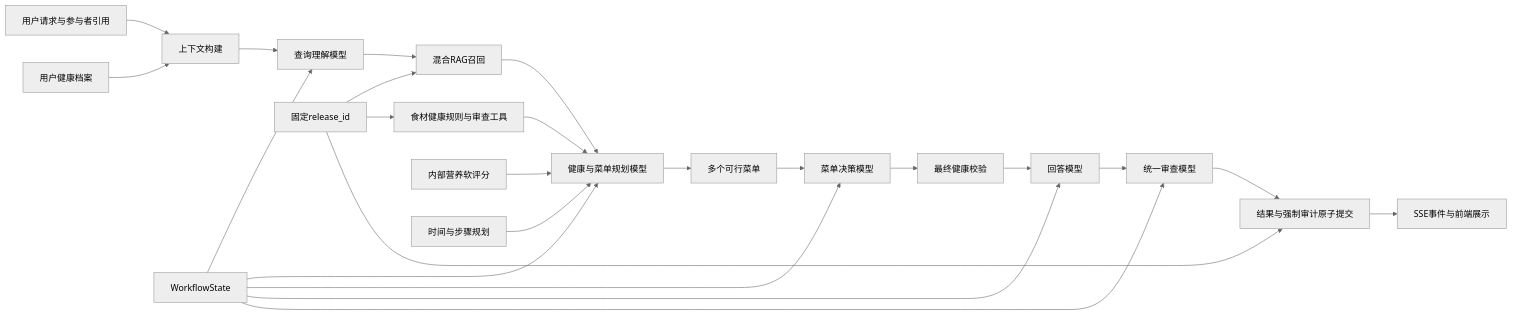
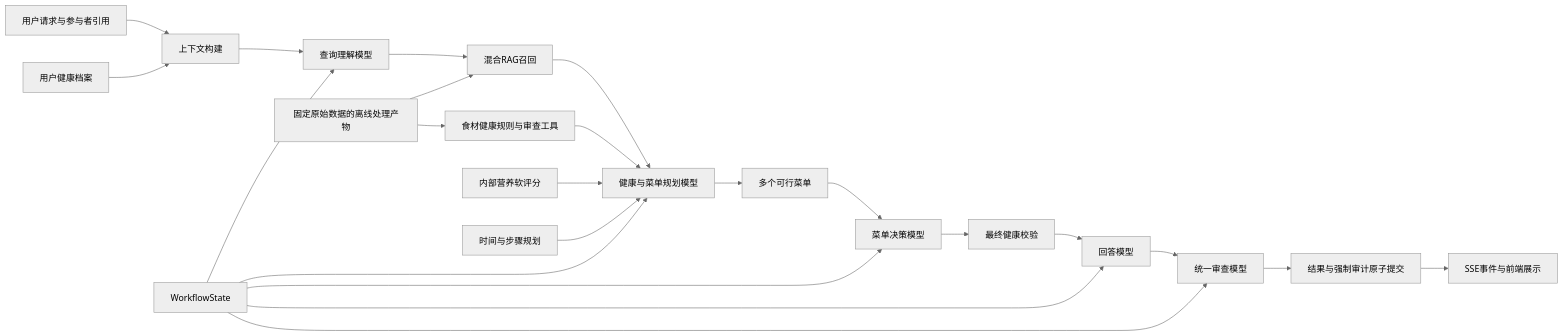
One commit to 819-Aa/FangTai changed the diagram in docs/00-system-overview.md. Above: the diagram before and after it, drawn with Mermaid (neutral theme). The commit also changed other lines of this file and 10 other files, not shown here.

Commit message:
docs(data): define fixed-input processing architecture

````diff
--- a/docs/00-system-overview.md
+++ b/docs/00-system-overview.md
@@ -64,27 +64,26 @@
 ```mermaid
 flowchart LR
     U["用户请求与参与者引用"] --> C["上下文构建"]
     HP["用户健康档案"] --> C
     C --> Q["查询理解模型"]
     Q --> R["混合RAG召回"]
     R --> H["健康与菜单规划模型"]
     HR["食材健康规则与审查工具"] --> H
     NS["内部营养软评分"] --> H
     TS["时间与步骤规划"] --> H
     H --> F["多个可行菜单"]
     F --> D["菜单决策模型"]
     D --> V["最终健康校验"]
     V --> A["回答模型"]
     A --> RV["统一审查模型"]
     RV --> CM["结果与强制审计原子提交"]
     CM --> S["SSE事件与前端展示"]
 
     WS["WorkflowState"] --> Q
     WS --> H
     WS --> D
     WS --> A
     WS --> RV
-    REL["固定release_id"] --> R
-    REL --> HR
-    REL --> CM
+    DE["固定原始数据的离线处理产物"] --> R
+    DE --> HR
 ```
````
